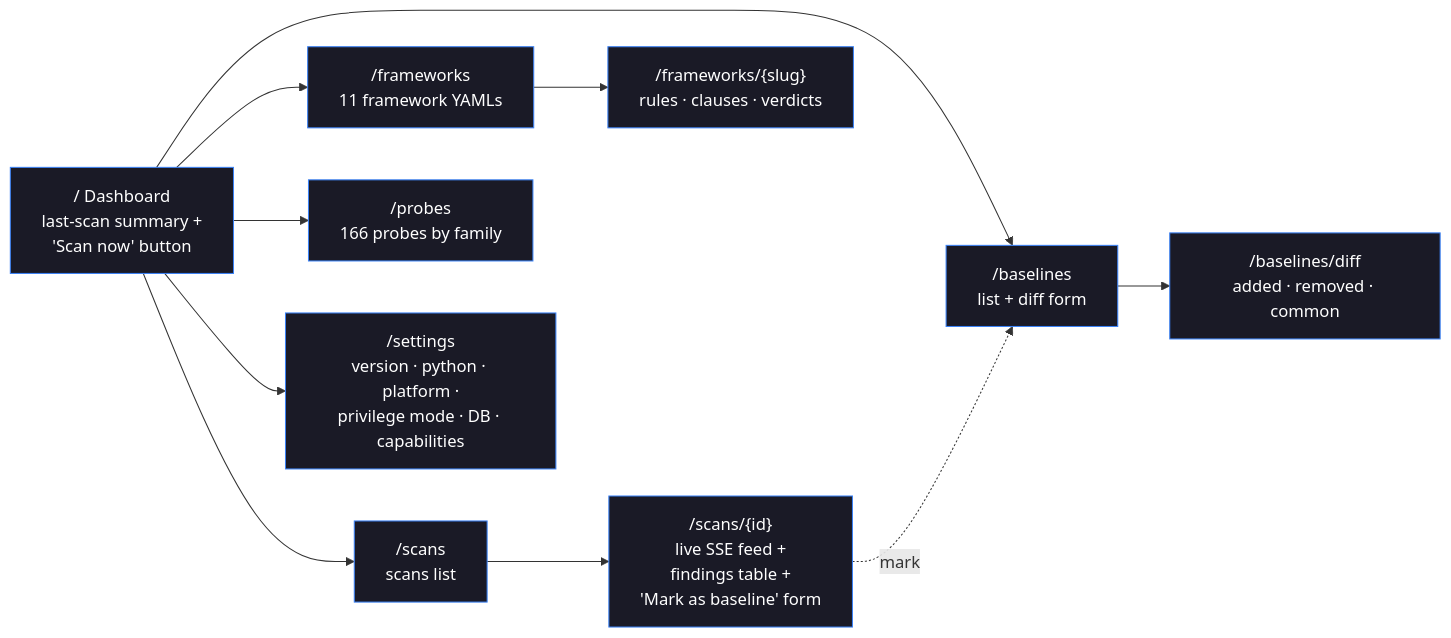
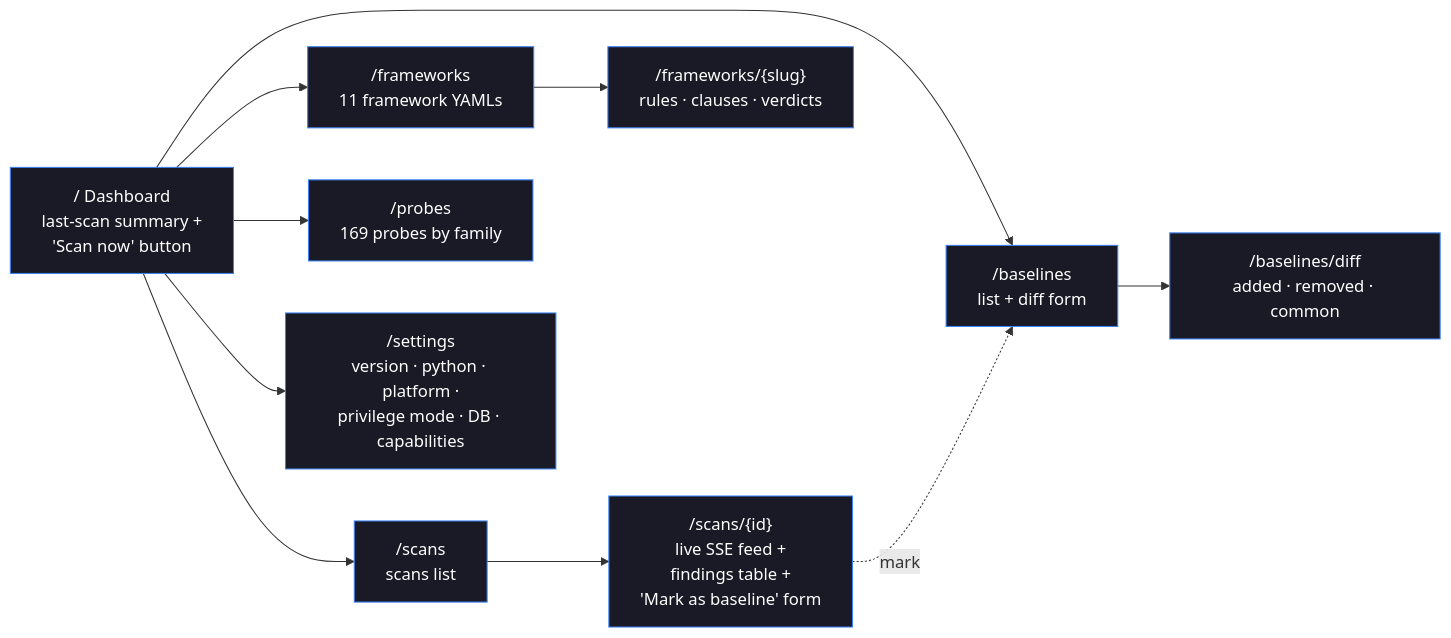
One commit to orengacademy/pqc-scanner2 changed the fourth of 8 diagrams in README.md. Above: the diagram before and after it, drawn with Mermaid. The commit also changed other lines of this file and 11 other files, not shown here.

````diff
--- a/README.md
+++ b/README.md
@@ -248,22 +248,22 @@
 ```mermaid
 flowchart LR
     HOME["/  Dashboard<br/>last-scan summary +<br/>'Scan now' button"]
     SCANS["/scans<br/>scans list"]
     DETAIL["/scans/{id}<br/>live SSE feed +<br/>findings table +<br/>'Mark as baseline' form"]
     FRAMEWORKS["/frameworks<br/>11 framework YAMLs"]
     FW_DET["/frameworks/{slug}<br/>rules · clauses · verdicts"]
-    PROBES["/probes<br/>166 probes by family"]
+    PROBES["/probes<br/>169 probes by family"]
     BASELINES["/baselines<br/>list + diff form"]
     DIFF["/baselines/diff<br/>added · removed · common"]
     SETTINGS["/settings<br/>version · python · platform ·<br/>privilege mode · DB · capabilities"]
 
     HOME --> SCANS --> DETAIL
     HOME --> FRAMEWORKS --> FW_DET
     HOME --> PROBES
     HOME --> BASELINES --> DIFF
     DETAIL -.mark.-> BASELINES
     HOME --> SETTINGS
 
     classDef page fill:#1a1a26,color:#fff,stroke:#3b82f6
     class HOME,SCANS,DETAIL,FRAMEWORKS,FW_DET,PROBES,BASELINES,DIFF,SETTINGS page
 ```
````
